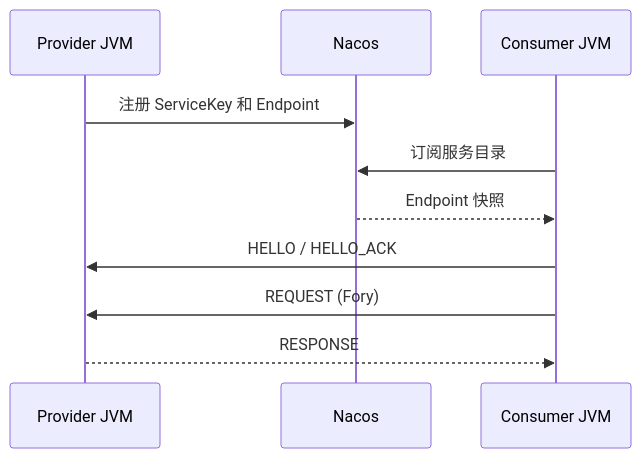
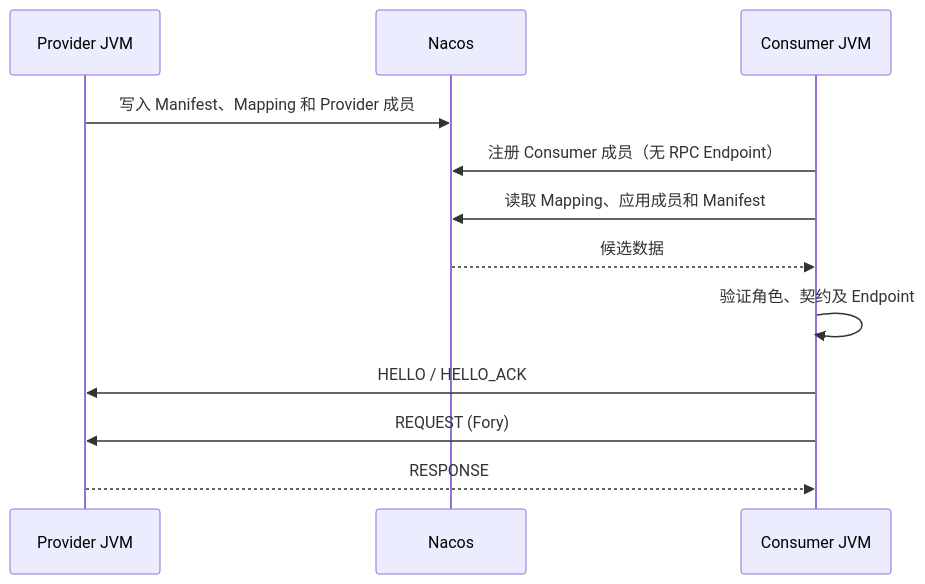
The second of 2 diagrams in otryx-quickstart/README.md (Ryan-Guizhou/otryx-rpc), drawn with Mermaid before and after one commit. The commit also changed other lines of this file and 33 other files, not shown here.

````diff
--- a/otryx-quickstart/README.md
+++ b/otryx-quickstart/README.md
@@ -113,12 +126,14 @@
 ```mermaid
 sequenceDiagram
     participant P as Provider JVM
     participant N as Nacos
     participant C as Consumer JVM
-    P->>N: 注册 ServiceKey 和 Endpoint
-    C->>N: 订阅服务目录
-    N-->>C: Endpoint 快照
+    P->>N: 写入 Manifest、Mapping 和 Provider 成员
+    C->>N: 注册 Consumer 成员（无 RPC Endpoint）
+    C->>N: 读取 Mapping、应用成员和 Manifest
+    N-->>C: 候选数据
+    C->>C: 验证角色、契约及 Endpoint
     C->>P: HELLO / HELLO_ACK
     C->>P: REQUEST (Fory)
     P-->>C: RESPONSE
 ```
````
